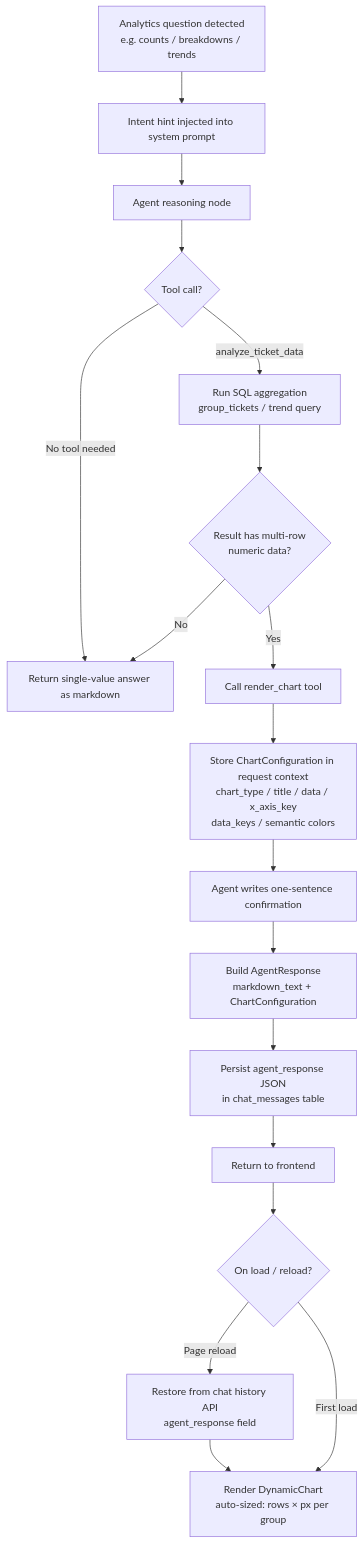
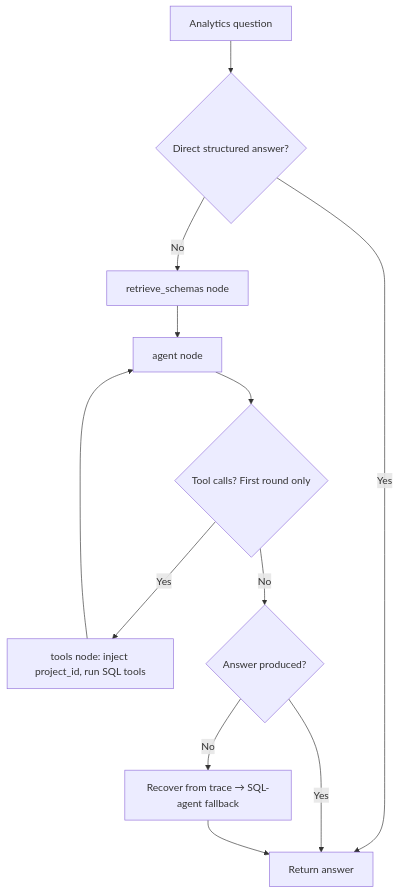
One commit to TDhakad/ITS-v2 changed the second of 3 diagrams in docs/ai-assistant-workflow.md. Above: the diagram before and after it, drawn with Mermaid. The commit also changed other lines of this file and 38 other files, not shown here.

````diff
--- a/docs/ai-assistant-workflow.md
+++ b/docs/ai-assistant-workflow.md
@@ -200,26 +67,14 @@
 ```mermaid
 flowchart TD
-    A[Analytics question detected\ne.g. counts / breakdowns / trends] --> B[Intent hint injected into system prompt]
-    B --> C[Agent reasoning node]
-    C --> D{Tool call?}
-
-    D -- analyze_ticket_data --> E[Run SQL aggregation\ngroup_tickets / trend query]
-    E --> F{Result has multi-row\nnumeric data?}
-
-    F -- No --> G[Return single-value answer as markdown]
-    F -- Yes --> H[Call render_chart tool]
-
-    H --> I[Store ChartConfiguration in request context\nchart_type / title / data / x_axis_key\ndata_keys / semantic colors]
-    I --> J[Agent writes one-sentence confirmation]
-    J --> K[Build AgentResponse\nmarkdown_text + ChartConfiguration]
-
-    K --> L[Persist agent_response JSON\nin chat_messages table]
-    L --> M[Return to frontend]
-
-    M --> N{On load / reload?}
-    N -- First load --> O[Render DynamicChart\nauto-sized: rows × px per group]
-    N -- Page reload --> P[Restore from chat history API\nagent_response field]
-    P --> O
-
-    D -- No tool needed --> G
+    A[Analytics question] --> B{Direct structured answer?}
+    B -->|Yes| C[Return answer]
+    B -->|No| D[retrieve_schemas node]
+    D --> E[agent node]
+    E --> F{Tool calls? First round only}
+    F -->|Yes| G[tools node: inject project_id, run SQL tools]
+    G --> E
+    F -->|No| H{Answer produced?}
+    H -->|Yes| C
+    H -->|No| I[Recover from trace → SQL-agent fallback]
+    I --> C
 ```
````
